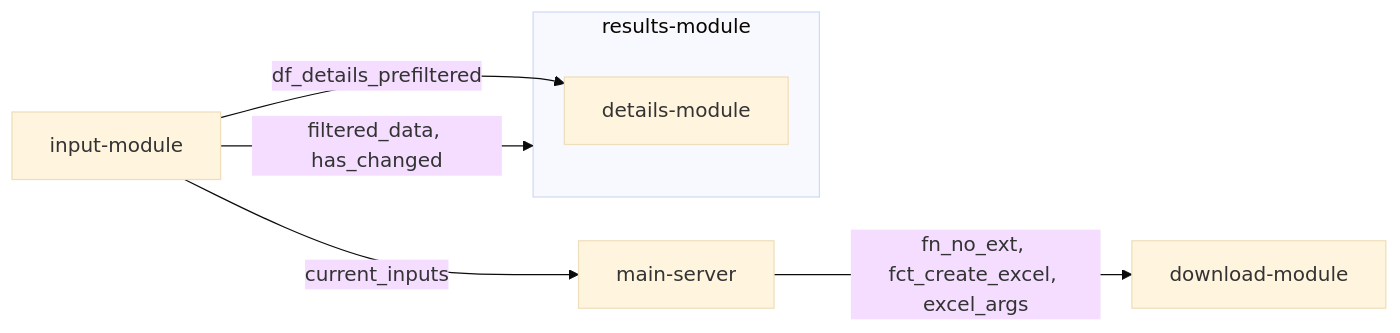
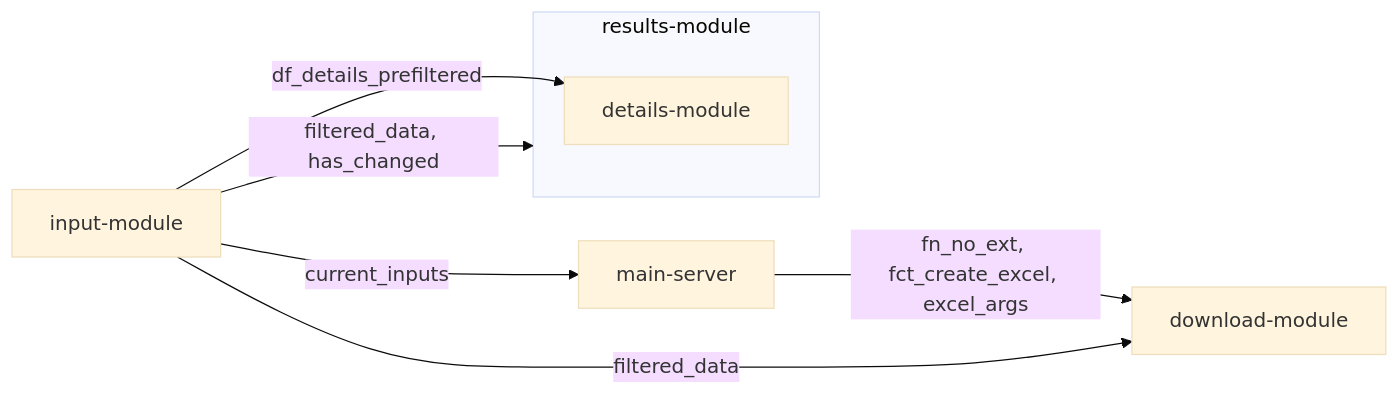
Before and after one commit to StatistikStadtZuerich/kali-tool: the diagram in README.md, drawn with Mermaid (base theme).

Commit message:
add missing link in architecture graph

````diff
--- a/README.md
+++ b/README.md
@@ -29,10 +29,11 @@
 ```mermaid
 flowchart LR;
   input-module-- filtered_data, has_changed -->results-module
   input-module-- current_inputs -->main-server
   main-server-- fn_no_ext, fct_create_excel, excel_args -->download-module
   subgraph results-module
   details-module
   end
   input-module-- df_details_prefiltered -->details-module
+  input-module-- filtered_data -->download-module
 ```
````
